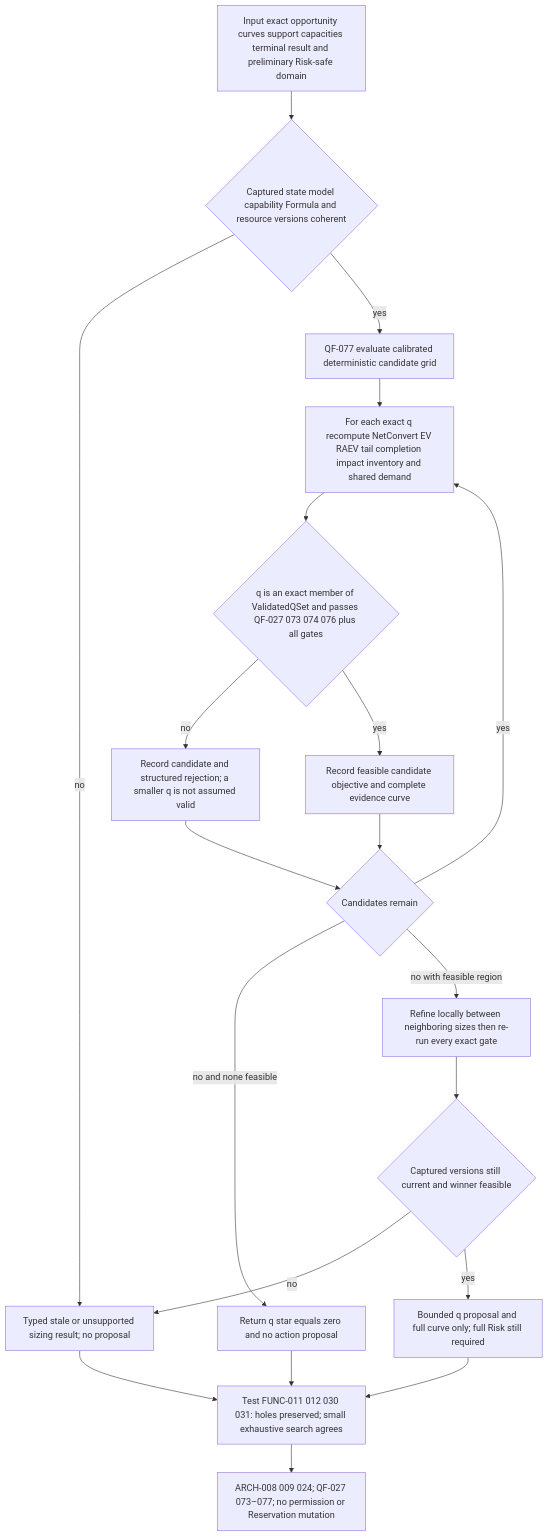
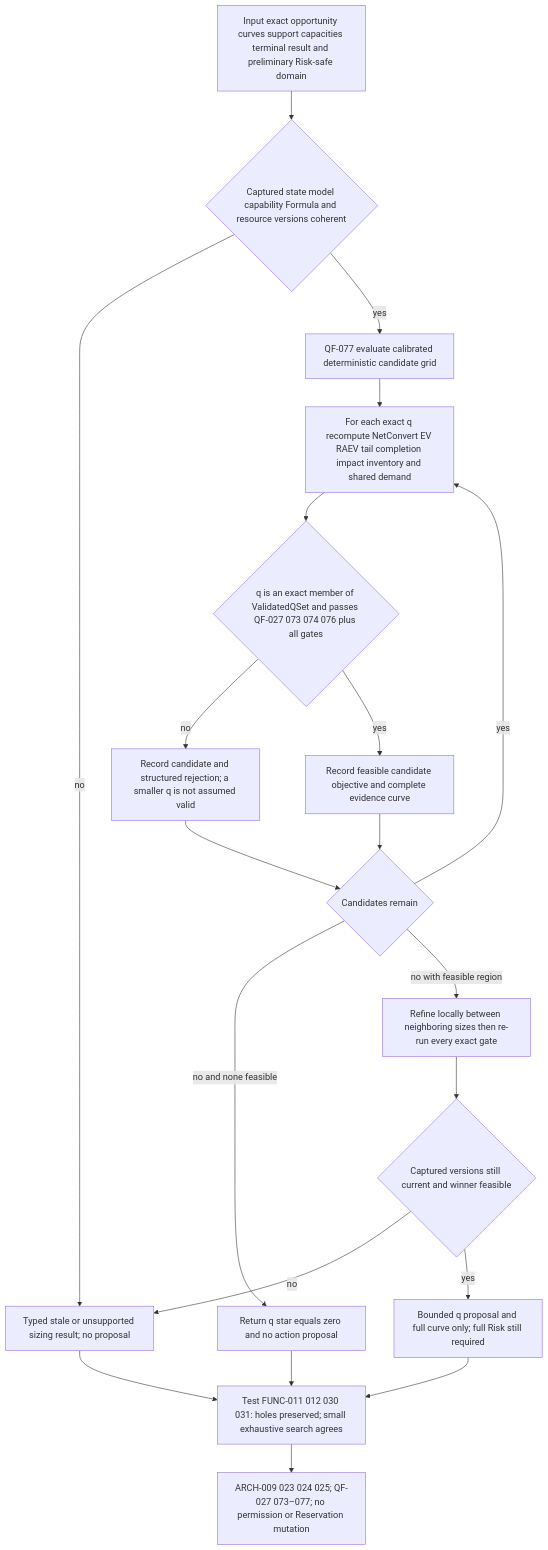
Diagram 31 of 37 in docs_v2/deep-specs/architecture/15_ARCHITECTURE_VISUAL_ATLAS.md (Insular2895/hyperliquid-arbitrage-bot), drawn with Mermaid before and after one commit. The commit also changed other lines of this file and 3 other files, not shown here.

````diff
--- a/docs_v2/deep-specs/architecture/15_ARCHITECTURE_VISUAL_ATLAS.md
+++ b/docs_v2/deep-specs/architecture/15_ARCHITECTURE_VISUAL_ATLAS.md
@@ -1164,22 +1176,22 @@
 ```mermaid
 flowchart TD
     I31["Input exact opportunity curves support capacities terminal result and preliminary Risk-safe domain"] --> V31{"Captured state model capability Formula and resource versions coherent"}
     V31 -->|no| R31["Typed stale or unsupported sizing result; no proposal"]
     V31 -->|yes| G31["QF-077 evaluate calibrated deterministic candidate grid"]
     G31 --> C31["For each exact q recompute NetConvert EV RAEV tail completion impact inventory and shared demand"]
     C31 --> F31{"q is an exact member of ValidatedQSet and passes QF-027 073 074 076 plus all gates"}
     F31 -->|no| N31["Record candidate and structured rejection; a smaller q is not assumed valid"]
     F31 -->|yes| Y31["Record feasible candidate objective and complete evidence curve"]
     N31 --> M31{"Candidates remain"}
     Y31 --> M31
     M31 -->|yes| C31
     M31 -->|no and none feasible| Z31["Return q star equals zero and no action proposal"]
     M31 -->|no with feasible region| L31["Refine locally between neighboring sizes then re-run every exact gate"]
     L31 --> S31{"Captured versions still current and winner feasible"}
     S31 -->|no| R31
     S31 -->|yes| O31["Bounded q proposal and full curve only; full Risk still required"]
     O31 --> T31["Test FUNC-011 012 030 031: holes preserved; small exhaustive search agrees"]
     Z31 --> T31
     R31 --> T31
-    T31 --> A31["ARCH-008 009 024; QF-027 073–077; no permission or Reservation mutation"]
+    T31 --> A31["ARCH-009 023 024 025; QF-027 073–077; no permission or Reservation mutation"]
 ```
````
